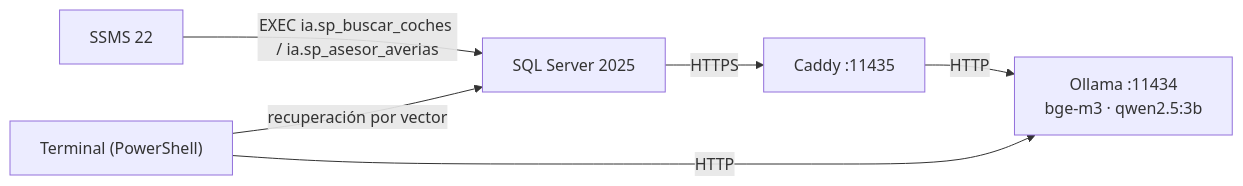
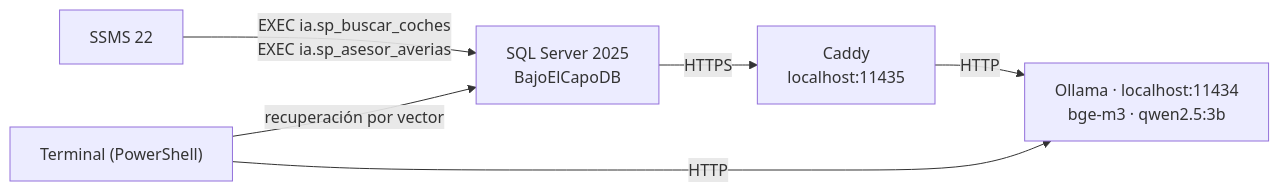
One commit to BigSierra365/dp800-bajo-el-capo changed the first of 2 diagrams in docs/proyecto.md. Above: the diagram before and after it, drawn with Mermaid. The commit also changed other lines of this file and 114 other files, not shown here.

````diff
--- a/docs/proyecto.md
+++ b/docs/proyecto.md
@@ -73,8 +79,8 @@
 ```mermaid
 flowchart LR
-    A["SSMS 22"] -->|"EXEC ia.sp_buscar_coches / ia.sp_asesor_averias"| B["SQL Server 2025"]
+    A["SSMS 22"] -->|"EXEC ia.sp_buscar_coches<br/>EXEC ia.sp_asesor_averias"| B["SQL Server 2025<br/>BajoElCapoDB"]
     T["Terminal (PowerShell)"] -->|"recuperación por vector"| B
-    B -->|"HTTPS"| C["Caddy :11435"]
-    C -->|"HTTP"| O["Ollama :11434<br/>bge-m3 · qwen2.5:3b"]
+    B -->|"HTTPS"| C["Caddy<br/>localhost:11435"]
+    C -->|"HTTP"| O["Ollama · localhost:11434<br/>bge-m3 · qwen2.5:3b"]
     T -->|"HTTP"| O
 ```
````
